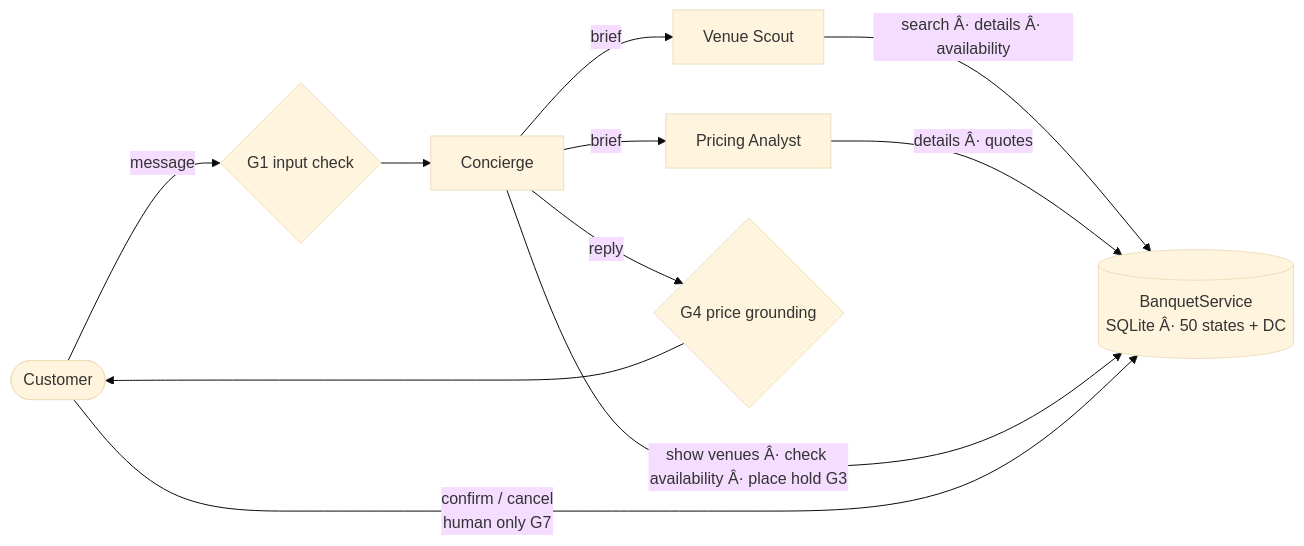
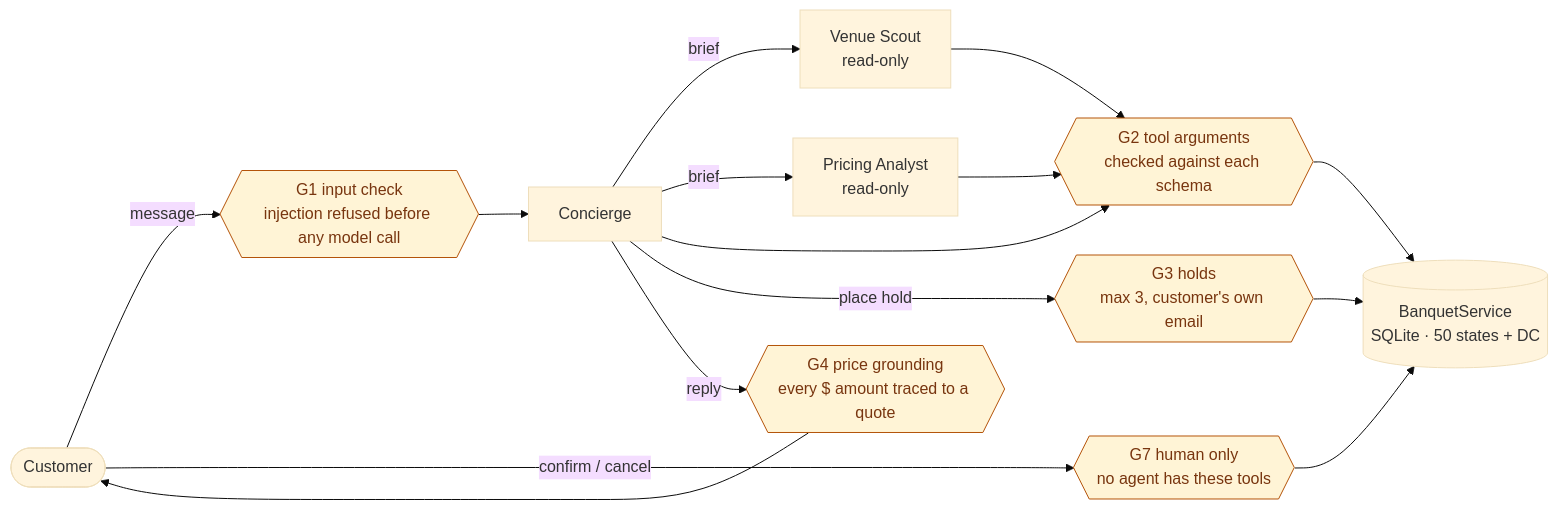
One commit to emitby/OpenTable-for-Banquet-Halls-Using-Agentic-Workflows changed the diagram in README.md. Above: the diagram before and after it, drawn with Mermaid (base theme). The commit also changed other lines of this file and 23 other files, not shown here.

First line of the commit message:
Add comprehensive evals: red-team, pricing cross-check, eval scorers, live trials

````diff
--- a/README.md
+++ b/README.md
@@ -38,13 +53,19 @@
 ```mermaid
 flowchart LR
-    C([Customer]) -->|message| G1{G1 input check}
+    C([Customer]) -->|message| G1{{"G1 input check<br/>injection refused before any model call"}}
     G1 --> CON[Concierge]
-    CON -->|brief| SC[Venue Scout]
-    CON -->|brief| PA[Pricing Analyst]
-    SC -->|search Â· details Â· availability| DB[(BanquetService<br/>SQLite Â· 50 states + DC)]
-    PA -->|details Â· quotes| DB
-    CON -->|show venues Â· check availability Â· place hold G3| DB
-    CON -->|reply| G4{G4 price grounding}
+    CON -->|brief| SC[Venue Scout<br/>read-only]
+    CON -->|brief| PA[Pricing Analyst<br/>read-only]
+    SC --> G2{{"G2 tool arguments<br/>checked against each schema"}}
+    PA --> G2
+    CON --> G2
+    G2 --> DB[(BanquetService<br/>SQLite · 50 states + DC)]
+    CON -->|place hold| G3{{"G3 holds<br/>max 3, customer's own email"}}
+    G3 --> DB
+    CON -->|reply| G4{{"G4 price grounding<br/>every $ amount traced to a quote"}}
     G4 --> C
-    C -->|confirm / cancel<br/>human only G7| DB
+    C -->|confirm / cancel| G7{{"G7 human only<br/>no agent has these tools"}}
+    G7 --> DB
+    classDef guard fill:#fff4d6,stroke:#b45309,color:#78350f
+    class G1,G2,G3,G4,G7 guard
 ```
````
